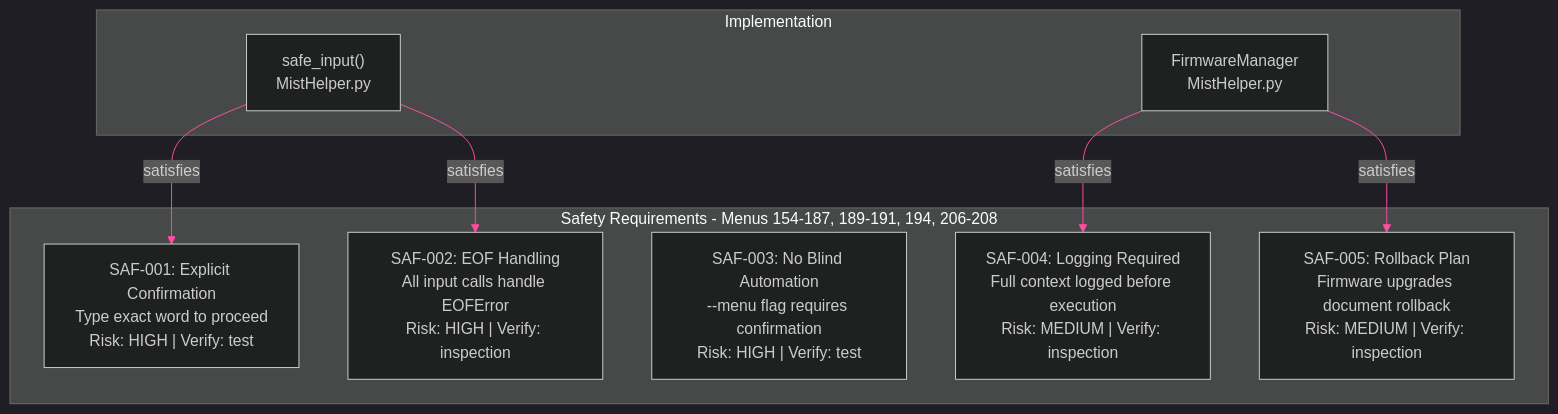
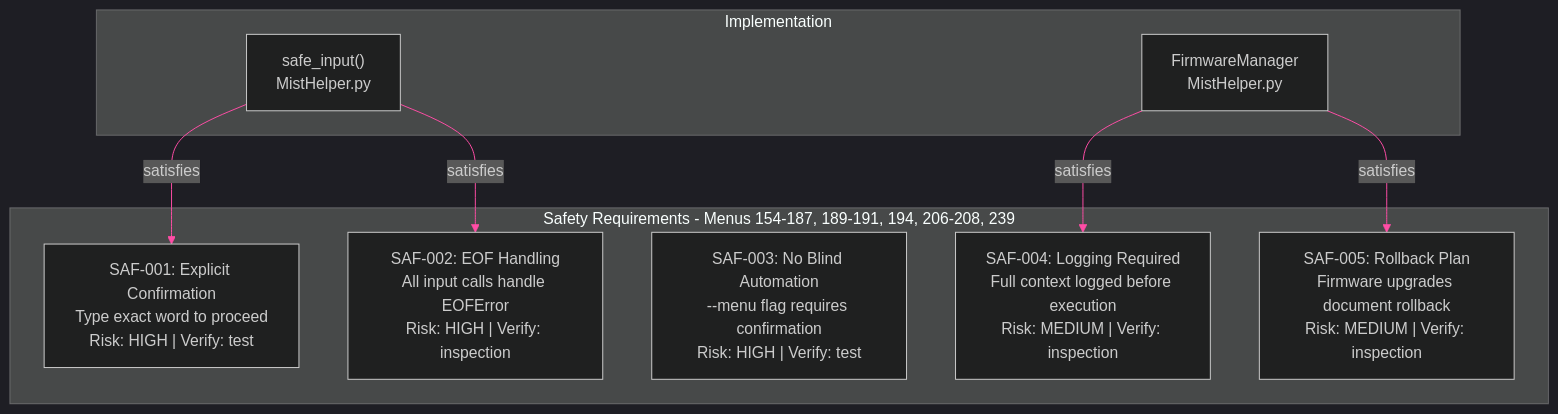
The third of 3 diagrams in documentation/diagrams/operations/operations-reference.md (jmorrison-juniper/MistHelper), drawn with Mermaid before and after one commit. The commit also changed other lines of this file and 3 other files, not shown here.

````diff
--- a/documentation/diagrams/operations/operations-reference.md
+++ b/documentation/diagrams/operations/operations-reference.md
@@ -92,29 +96,29 @@
 ```mermaid
 %%{init: {'theme': 'dark', 'themeVariables': {
   'primaryColor': '#E20074',
   'primaryTextColor': '#E0E0E0',
   'primaryBorderColor': '#99004D',
   'lineColor': '#FF4DA6',
   'secondaryColor': '#16213E',
   'tertiaryColor': '#1A1A2E',
   'fontFamily': 'ui-monospace, monospace'
 }}}%%
 flowchart TB
-    subgraph requirements["Safety Requirements - Menus 154-187, 189-191, 194, 206-208"]
+    subgraph requirements["Safety Requirements - Menus 154-187, 189-191, 194, 206-208, 239"]
         SAF001["SAF-001: Explicit Confirmation<br/>Type exact word to proceed<br/>Risk: HIGH | Verify: test"]
         SAF002["SAF-002: EOF Handling<br/>All input calls handle EOFError<br/>Risk: HIGH | Verify: inspection"]
         SAF003["SAF-003: No Blind Automation<br/>--menu flag requires confirmation<br/>Risk: HIGH | Verify: test"]
         SAF004["SAF-004: Logging Required<br/>Full context logged before execution<br/>Risk: MEDIUM | Verify: inspection"]
         SAF005["SAF-005: Rollback Plan<br/>Firmware upgrades document rollback<br/>Risk: MEDIUM | Verify: inspection"]
     end
 
     subgraph impl["Implementation"]
         si["safe_input()<br/>MistHelper.py"]
         fm["FirmwareManager<br/>MistHelper.py"]
     end
 
     si -->|satisfies| SAF001
     si -->|satisfies| SAF002
     fm -->|satisfies| SAF004
     fm -->|satisfies| SAF005
 ```
````
